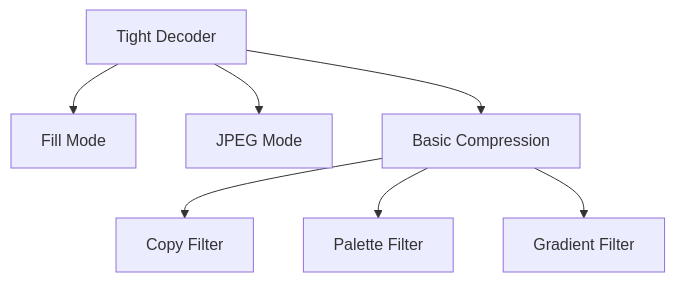
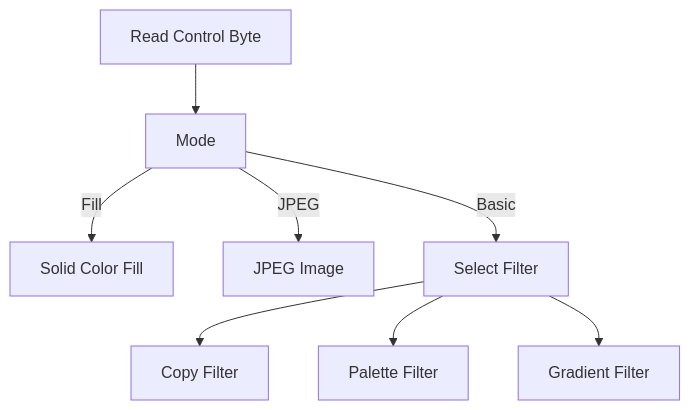
The third of 5 diagrams in docs/reference/architecture/decoders/decoders.md (Ylianst/MeshCentral), drawn with Mermaid before and after one commit. The commit also changed other lines of this file and 642 other files, not shown here.

````diff
--- a/docs/reference/architecture/decoders/decoders.md
+++ b/docs/reference/architecture/decoders/decoders.md
@@ -218,9 +211,10 @@
 ```mermaid
 flowchart TD
-    Tight["Tight Decoder"] --> Fill["Fill Mode"]
-    Tight --> JPEG["JPEG Mode"]
-    Tight --> Basic["Basic Compression"]
-    Basic --> Copy["Copy Filter"]
-    Basic --> Palette["Palette Filter"]
-    Basic --> Gradient["Gradient Filter"]
+    Control["Read Control Byte"] --> Mode
+    Mode -->|"Fill"| Fill["Solid Color Fill"]
+    Mode -->|"JPEG"| JPEGMode["JPEG Image"]
+    Mode -->|"Basic"| Filter["Select Filter"]
+    Filter --> CopyF["Copy Filter"]
+    Filter --> PaletteF["Palette Filter"]
+    Filter --> GradientF["Gradient Filter"]
 ```
````
